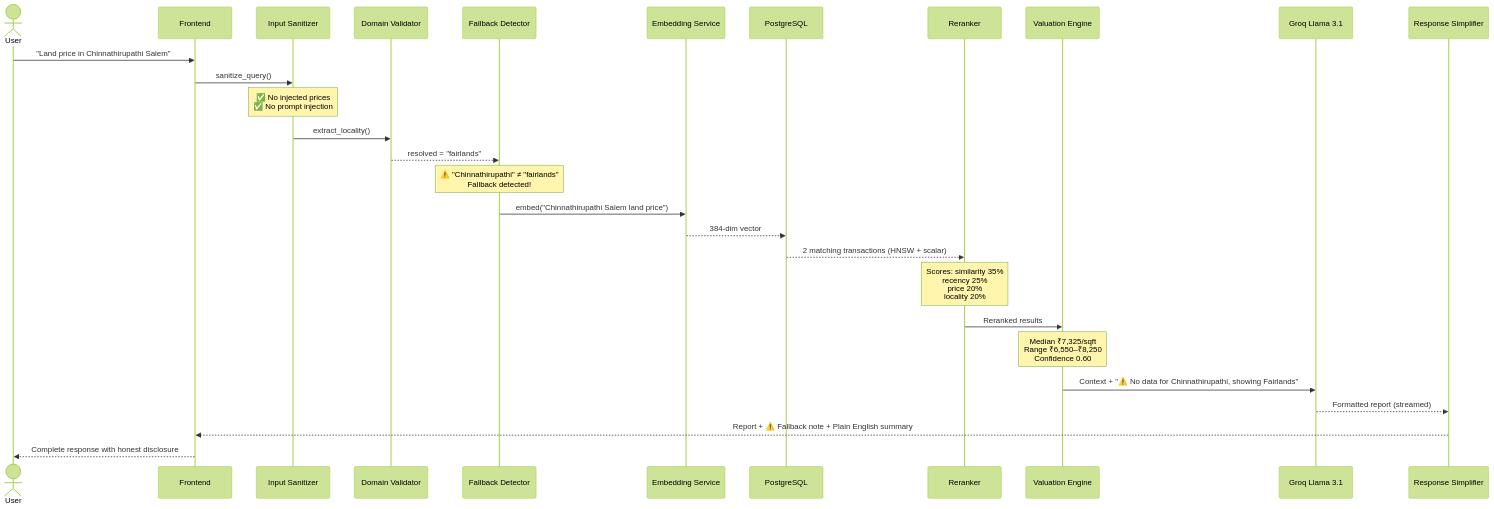
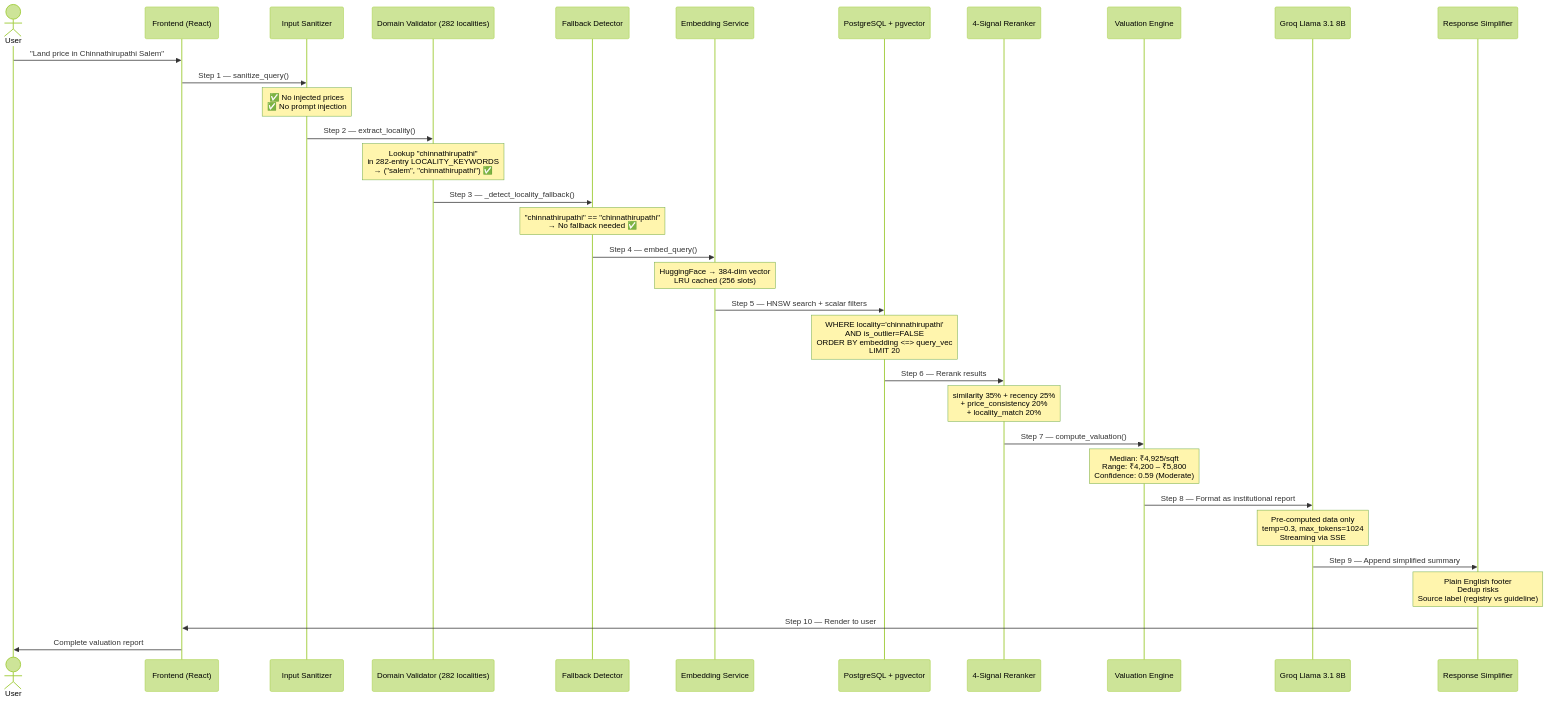
One commit to purityprop26-AI/PurityPropAI changed the second of 4 diagrams in ENTERPRISE_SYSTEM_DOCUMENTATION.md. Above: the diagram before and after it, drawn with Mermaid (forest theme). The commit also changed other lines of this file, not shown here.

First line of the commit message:
Update Enterprise Documentation v1.2 — complete with all session fixes

````diff
--- a/ENTERPRISE_SYSTEM_DOCUMENTATION.md
+++ b/ENTERPRISE_SYSTEM_DOCUMENTATION.md
@@ -124,35 +137,45 @@
 ```mermaid
 sequenceDiagram
     actor User
-    participant FE as Frontend
+    participant FE as Frontend (React)
     participant SAN as Input Sanitizer
-    participant DV as Domain Validator
+    participant DV as Domain Validator (282 localities)
     participant FBD as Fallback Detector
     participant EMB as Embedding Service
-    participant DB as PostgreSQL
-    participant RR as Reranker
+    participant DB as PostgreSQL + pgvector
+    participant RR as 4-Signal Reranker
     participant VE as Valuation Engine
-    participant LLM as Groq Llama 3.1
+    participant LLM as Groq Llama 3.1 8B
     participant RS as Response Simplifier
 
     User->>FE: "Land price in Chinnathirupathi Salem"
-    FE->>SAN: sanitize_query()
+    FE->>SAN: Step 1 — sanitize_query()
     Note over SAN: ✅ No injected prices<br/>✅ No prompt injection
-    SAN->>DV: extract_locality()
-    DV-->>FBD: resolved = "fairlands"
-    Note over FBD: ⚠️ "Chinnathirupathi" ≠ "fairlands"<br/>Fallback detected!
 
-    FBD->>EMB: embed("Chinnathirupathi Salem land price")
-    EMB-->>DB: 384-dim vector
+    SAN->>DV: Step 2 — extract_locality()
+    Note over DV: Lookup "chinnathirupathi"<br/>in 282-entry LOCALITY_KEYWORDS<br/>→ ("salem", "chinnathirupathi") ✅
 
-    DB-->>RR: 2 matching transactions (HNSW + scalar)
-    Note over RR: Scores: similarity 35%<br/>recency 25%<br/>price 20%<br/>locality 20%
+    DV->>FBD: Step 3 — _detect_locality_fallback()
+    Note over FBD: "chinnathirupathi" == "chinnathirupathi"<br/>→ No fallback needed ✅
 
-    RR->>VE: Reranked results
-    Note over VE: Median ₹7,325/sqft<br/>Range ₹6,550–₹8,250<br/>Confidence 0.60
+    FBD->>EMB: Step 4 — embed_query()
+    Note over EMB: HuggingFace → 384-dim vector<br/>LRU cached (256 slots)
 
-    VE->>LLM: Context + "⚠️ No data for Chinnathirupathi, showing Fairlands"
-    LLM-->>RS: Formatted report (streamed)
-    RS-->>FE: Report + ⚠️ Fallback note + Plain English summary
-    FE-->>User: Complete response with honest disclosure
+    EMB->>DB: Step 5 — HNSW search + scalar filters
+    Note over DB: WHERE locality='chinnathirupathi'<br/>AND is_outlier=FALSE<br/>ORDER BY embedding <=> query_vec<br/>LIMIT 20
+
+    DB->>RR: Step 6 — Rerank results
+    Note over RR: similarity 35% + recency 25%<br/>+ price_consistency 20%<br/>+ locality_match 20%
+
+    RR->>VE: Step 7 — compute_valuation()
+    Note over VE: Median: ₹4,925/sqft<br/>Range: ₹4,200 – ₹5,800<br/>Confidence: 0.59 (Moderate)
+
+    VE->>LLM: Step 8 — Format as institutional report
+    Note over LLM: Pre-computed data only<br/>temp=0.3, max_tokens=1024<br/>Streaming via SSE
+
+    LLM->>RS: Step 9 — Append simplified summary
+    Note over RS: Plain English footer<br/>Dedup risks<br/>Source label (registry vs guideline)
+
+    RS->>FE: Step 10 — Render to user
+    FE->>User: Complete valuation report
 ```
````
